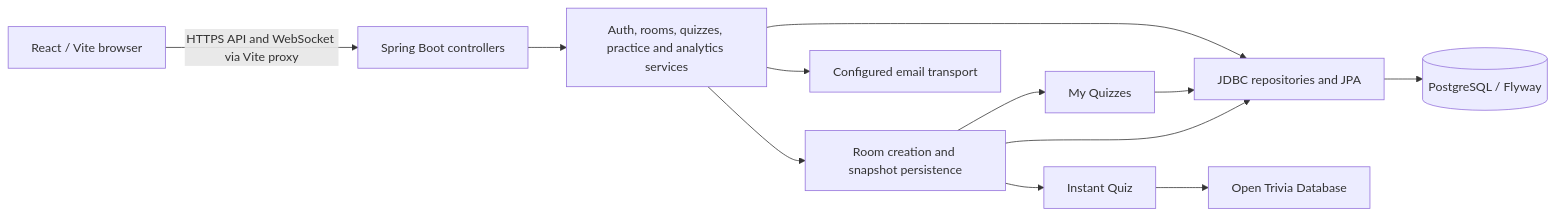
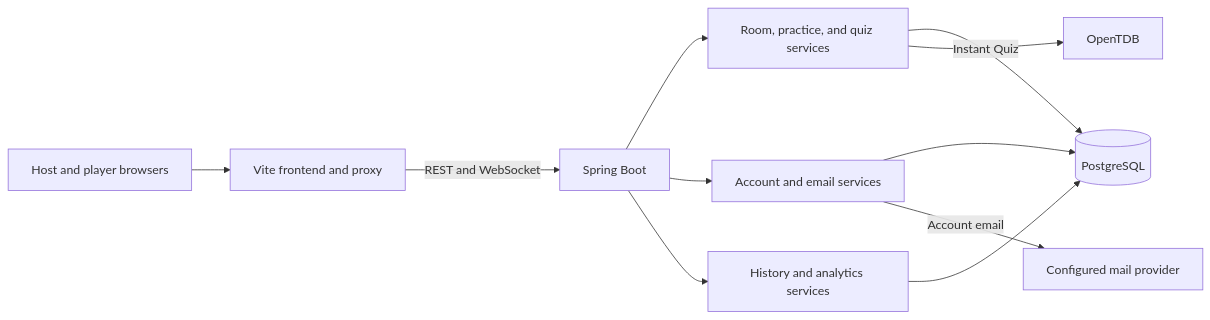
Before and after one commit to daevinsimbajon-web/cpe314-69167-capstone-team-02: the first of 7 diagrams in doc/design-document.md, drawn with Mermaid. The commit also changed other lines of this file and 7 other files, not shown here.

````diff
--- a/doc/design-document.md
+++ b/doc/design-document.md
@@ -25,14 +64,13 @@
 ```mermaid
 flowchart LR
-  Browser[React / Vite browser] -->|HTTPS API and WebSocket via Vite proxy| Web[Spring Boot controllers]
-  Web --> Services[Auth, rooms, quizzes, practice and analytics services]
-  Services --> Repos[JDBC repositories and JPA]
-  Repos --> PG[(PostgreSQL / Flyway)]
-  Services --> Room[Room creation and snapshot persistence]
-  Room --> Instant[Instant Quiz]
-  Instant --> OpenTDB[Open Trivia Database]
-  Room --> Saved[My Quizzes]
-  Saved --> Repos
-  Room --> Repos
-  Services --> Mail[Configured email transport]
+    Player["Host and player browsers"] --> Proxy["Vite frontend and proxy"]
+    Proxy -->|REST and WebSocket| Backend["Spring Boot"]
+    Backend --> Rooms["Room, practice, and quiz services"]
+    Backend --> Accounts["Account and email services"]
+    Backend --> Reports["History and analytics services"]
+    Rooms --> DB[("PostgreSQL")]
+    Accounts --> DB
+    Reports --> DB
+    Rooms -->|Instant Quiz| Trivia["OpenTDB"]
+    Accounts -->|Account email| Provider["Configured mail provider"]
 ```
````
